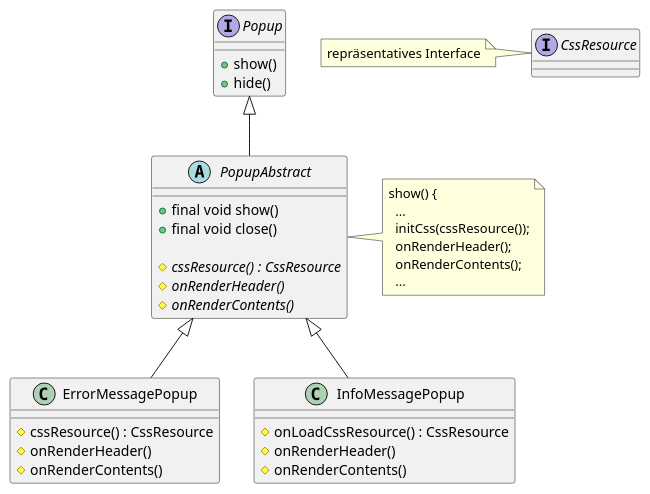
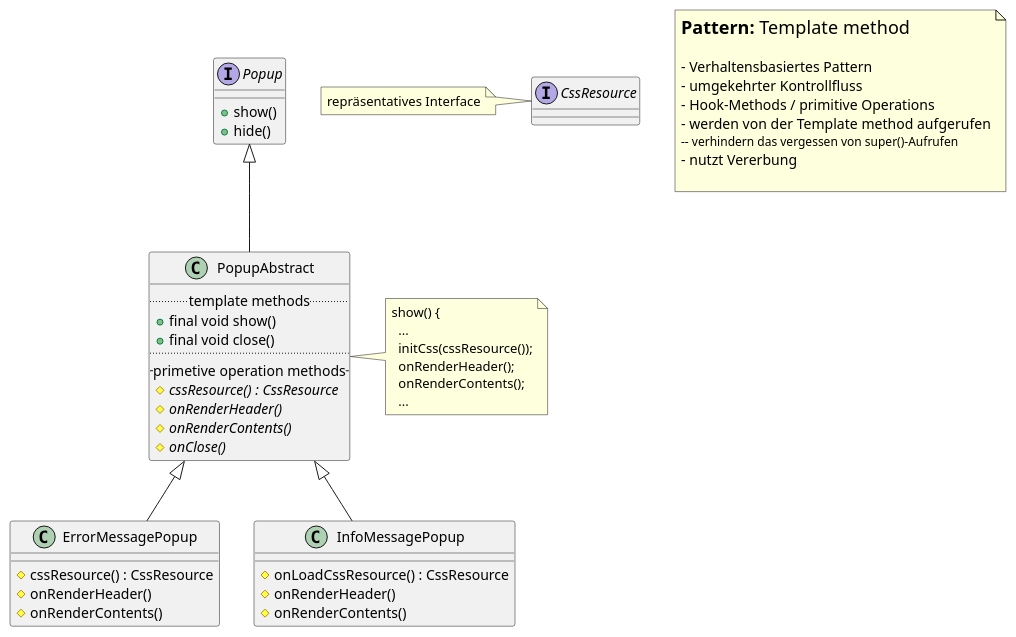
Before and after one commit to Atrusberlin/Learning: the diagram in Patterns/src/main/java/de/dranke/learning/patterns/templatemethod/abstractsuperclass/AbstractTemplateMethod.puml, drawn with PlantUML. The commit also changed 4 other files, not shown here.

Commit message:
[Template method] ueberarbeitet

```diff
--- a/Patterns/src/main/java/de/dranke/learning/patterns/templatemethod/abstractsuperclass/AbstractTemplateMethod.puml
+++ b/Patterns/src/main/java/de/dranke/learning/patterns/templatemethod/abstractsuperclass/AbstractTemplateMethod.puml
@@ -1,46 +1,62 @@
 @startuml
+
+note as Hinweis
+<size:18><b>Pattern:</b> Template method
+
+<size:14>- Verhaltensbasiertes Pattern
+<size:14>- umgekehrter Kontrollfluss
+<size:14>- Hook-Methods / primitive Operations
+<size:14>- werden von der Template method aufgerufen
+<size:12>-- verhindern das vergessen von super()-Aufrufen
+<size:14>- nutzt Vererbung
+
+end note
 
 interface Popup {
   + show()
   + hide()
 }
 
 Popup <|-- PopupAbstract
 
 PopupAbstract <|-- ErrorMessagePopup
 PopupAbstract <|-- InfoMessagePopup
 
-abstract class PopupAbstract {
+class PopupAbstract {
+  .. template methods ..
   + final void show()
   + final void close()
-
+  ..
+  -- primetive operation methods --
   # {abstract} cssResource() : CssResource
   # {abstract} onRenderHeader()
   # {abstract} onRenderContents()
+  # {abstract} onClose()
 }
+
 note right of PopupAbstract
   show() {
     ...
     initCss(cssResource());
     onRenderHeader();
     onRenderContents();
     ...
 end note
 
 interface CssResource
 note left: repräsentatives Interface
 
 class ErrorMessagePopup {
   # cssResource() : CssResource
   # onRenderHeader()
   # onRenderContents()
 }
 
 class InfoMessagePopup {
   # onLoadCssResource() : CssResource
   # onRenderHeader()
   # onRenderContents()
 }
 
 
 @enduml
```
